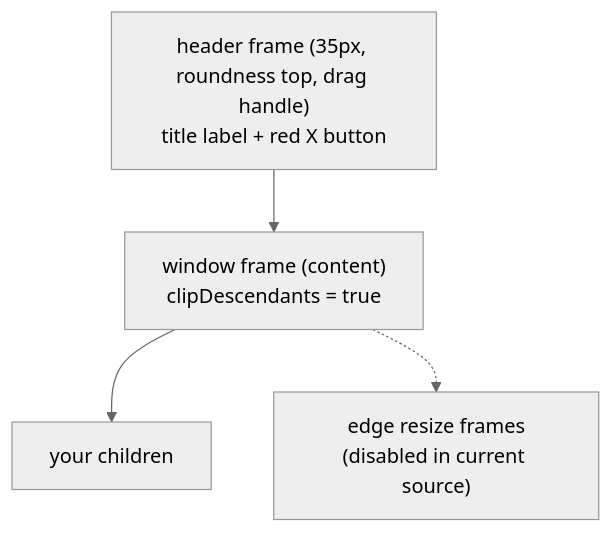
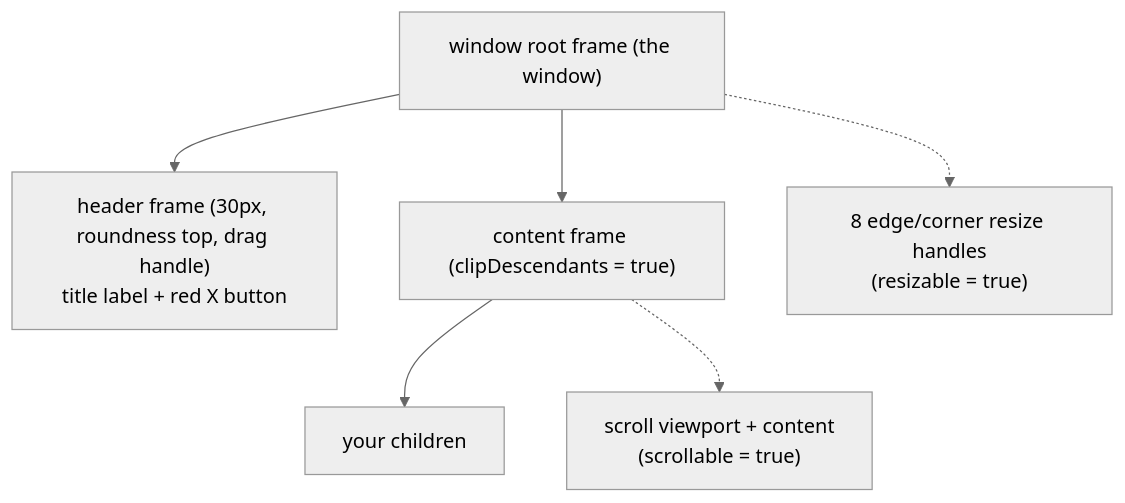
Before and after one commit to rayaman/gui: the diagram in docs/widgets.md, drawn with Mermaid (neutral theme). The commit also changed other lines of this file and 13 other files, not shown here.

````diff
--- a/docs/widgets.md
+++ b/docs/widgets.md
@@ -76,6 +93,8 @@
 ```mermaid
 flowchart TD
-    H["header frame (35px, roundness top, drag handle)<br/>title label + red X button"] --> W["window frame (content)<br/>clipDescendants = true"]
-    W --> C1["your children"]
-    W -.-> RH["edge resize frames<br/>(disabled in current source)"]
+    R["window root frame (the window)"] --> H["header frame (30px, roundness top, drag handle)<br/>title label + red X button"]
+    R --> C["content frame (clipDescendants = true)"]
+    C --> C1["your children"]
+    C -.-> SV["scroll viewport + content<br/>(scrollable = true)"]
+    R -.-> RH["8 edge/corner resize handles<br/>(resizable = true)"]
 ```
````
